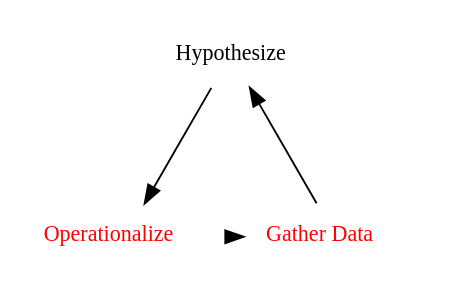
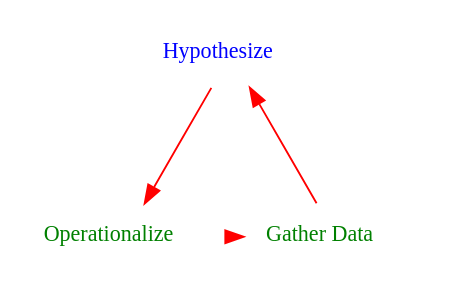
Before and after one commit to valentinkm/AdversarialSimulation: the second of 5 diagrams in VK/thesis/LIP_presentation.qmd, drawn with Graphviz. The commit also changed other lines of this file, not shown here.

````diff
--- a/VK/thesis/LIP_presentation.qmd
+++ b/VK/thesis/LIP_presentation.qmd
@@ -120,21 +132,21 @@
 ```{dot}
 digraph circular_process {
     // Use 'neato' layout for positioning
     layout=neato;
     overlap=false;
     splines=true;
 
     // Define global node attributes
     node [shape=plaintext, fontsize=12];
 
     // Define nodes with positions to form a circle
-    hypothesize [label="Hypothesize", pos="0,1!"];
-    operationalize [label=< <font color="red">Operationalize</font> >, pos="-0.866,-0.5!"];
-    gather_data [label=< <font color="red">Gather Data</font> >, pos="0.866,-0.5!"];
+        hypothesize [label=< <font color="blue">Hypothesize</font> >, pos="0,1!"];
+        operationalize [label=< <font color="green">Operationalize</font> >, pos="-0.866,-0.5!"];
+        gather_data [label=< <font color="green">Gather Data</font> >, pos="0.866,-0.5!"];
 
     // Define edges to create a circular process
-    hypothesize -> operationalize;
-    operationalize -> gather_data;
-    gather_data -> hypothesize;
+    hypothesize -> operationalize [color="red"];
+    operationalize -> gather_data [color="red"];
+    gather_data -> hypothesize [color="red"];
 }
 ```
````
